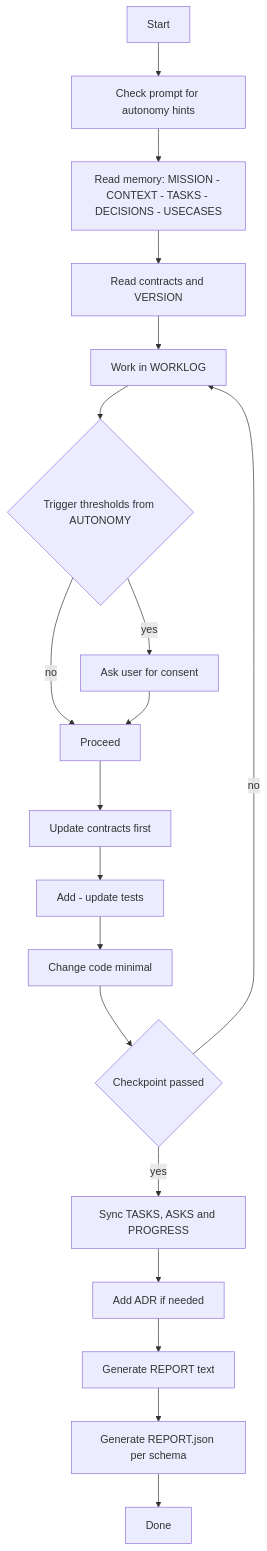
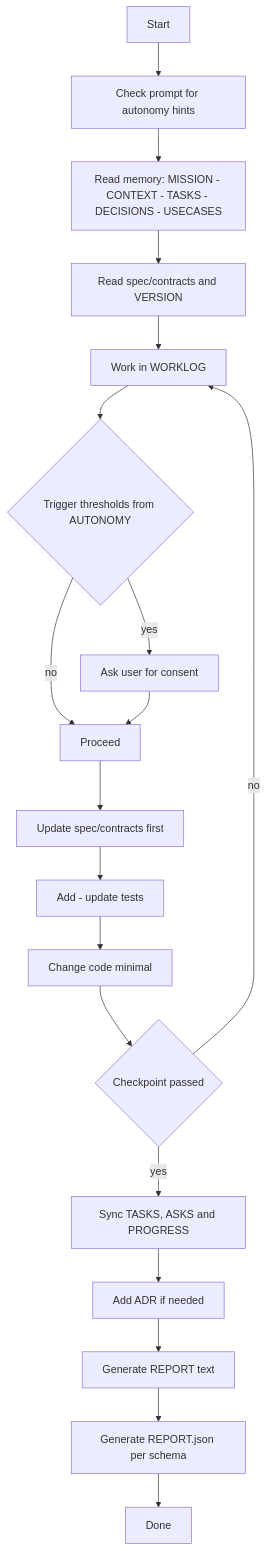
The diagram in README.md (nicelight/Codex-Cloud-Memory-Bank), drawn with Mermaid before and after one commit. The commit also changed other lines of this file and 9 other files, not shown here.

````diff
--- a/README.md
+++ b/README.md
@@ -39,21 +46,21 @@
 ```mermaid
 flowchart TB
   A[Start] --> B[Check prompt for autonomy hints]
   B --> C[Read memory: MISSION - CONTEXT - TASKS - DECISIONS - USECASES]
-  C --> D[Read contracts and VERSION]
+  C --> D[Read spec/contracts and VERSION]
   D --> E[Work in WORKLOG]
   E --> F{Trigger thresholds from AUTONOMY}
   F -- yes --> G[Ask user for consent]
   F -- no --> H[Proceed]
   G --> H
-  H --> I[Update contracts first]
+  H --> I[Update spec/contracts first]
   I --> J[Add - update tests]
   J --> K[Change code minimal]
   K --> L{Checkpoint passed}
   L -- no --> E
   L -- yes --> M[Sync TASKS, ASKS and PROGRESS]
   M --> N[Add ADR if needed]
   N --> O[Generate REPORT text]
   O --> P[Generate REPORT.json per schema]
   P --> Q[Done]
 ```
````
